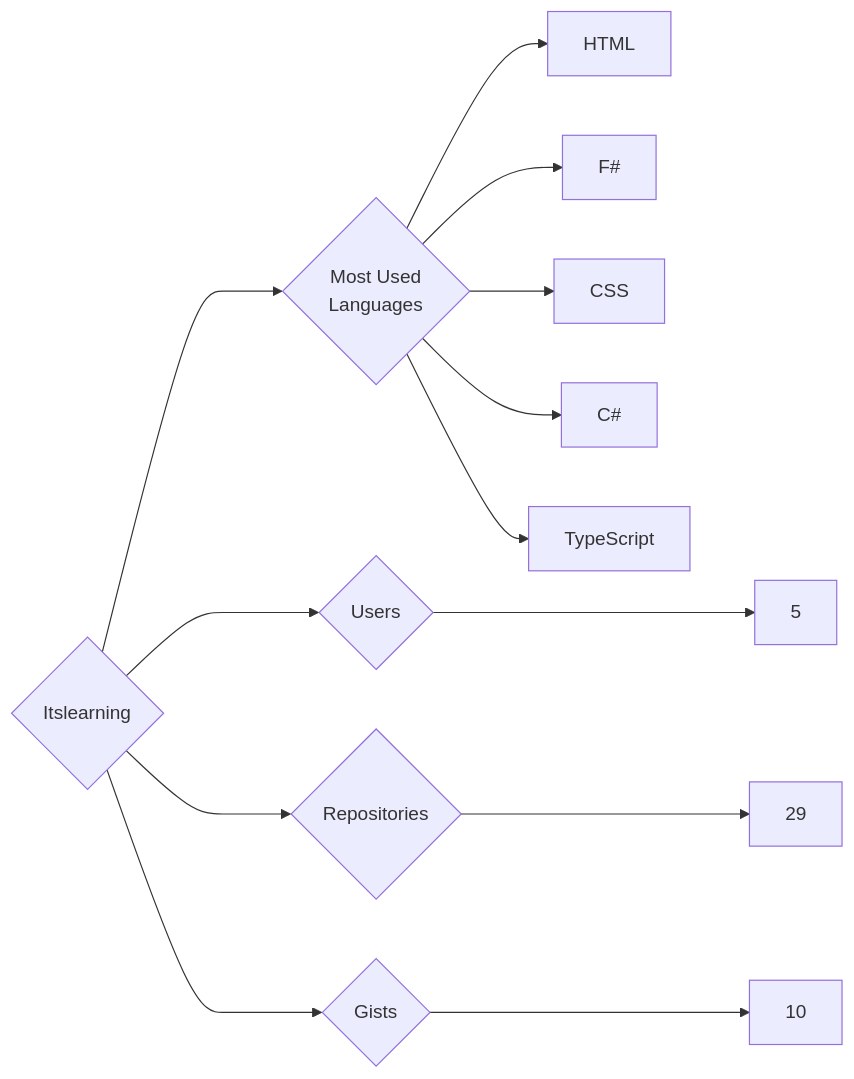
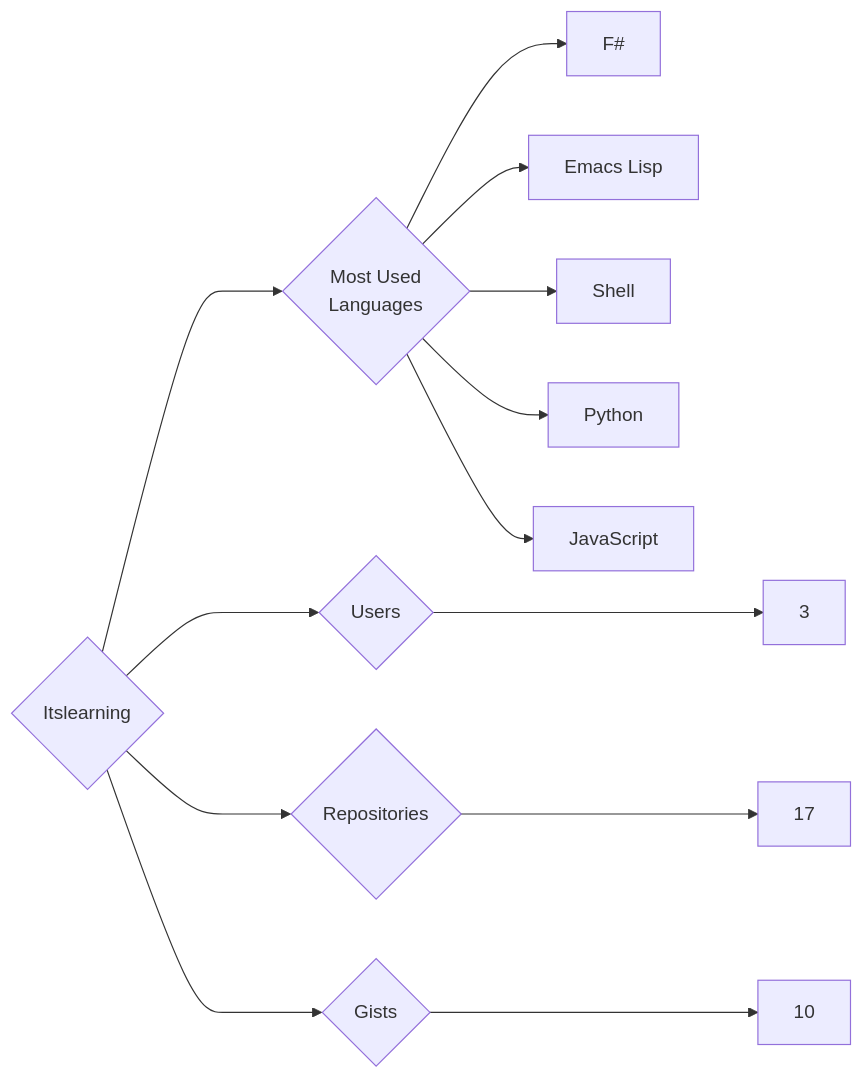
Before and after one commit to trickest/insiders: the diagram in targets/Itslearning/README.md, drawn with Mermaid. The commit also changed 772 other files, not shown here.

````diff
--- a/targets/Itslearning/README.md
+++ b/targets/Itslearning/README.md
@@ -3,13 +3,13 @@
 ```mermaid
 graph LR
 COMPANY_NAME{Itslearning}
-COMPANY_NAME ---> U{Users} ---> UN[5]
-COMPANY_NAME ---> R{Repositories} ---> RN[29]
+COMPANY_NAME ---> U{Users} ---> UN[3]
+COMPANY_NAME ---> R{Repositories} ---> RN[17]
 COMPANY_NAME ---> G{Gists} ---> GN[10]
 COMPANY_NAME ---> ML{Most Used<br>Languages}
-ML --> HTML[HTML]
 ML --> F#[F#]
-ML --> CSS[CSS]
-ML --> C#[C#]
-ML --> TypeScript[TypeScript]
+ML --> Emacs_Lisp[Emacs Lisp]
+ML --> Shell[Shell]
+ML --> Python[Python]
+ML --> JavaScript[JavaScript]
 ```
````
